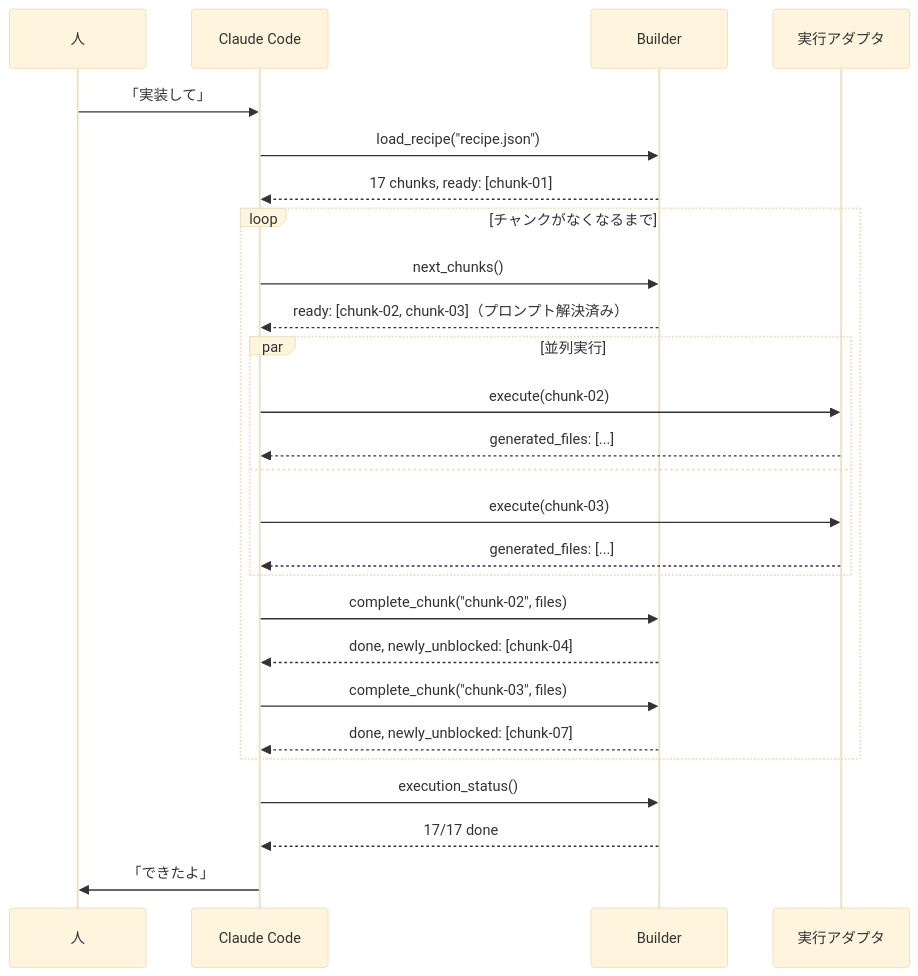
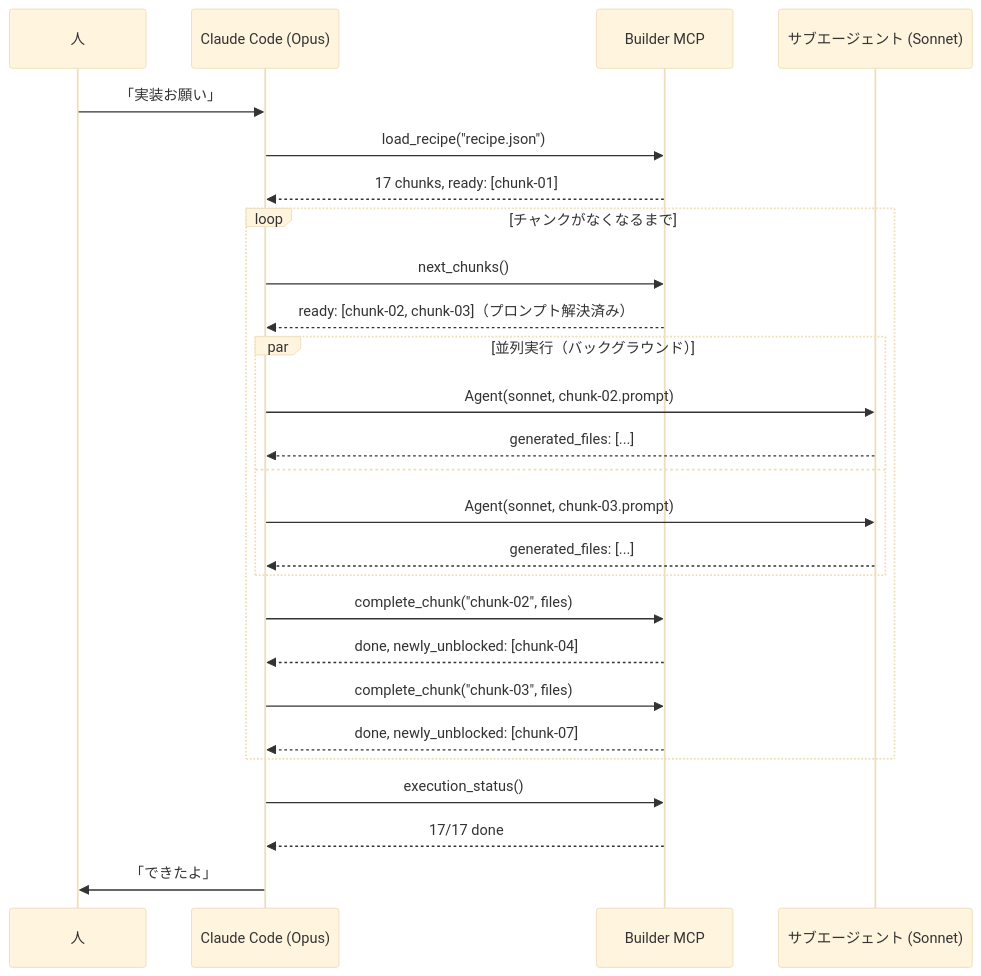
Before and after one commit to cdd-evangelist/CDD-Assistants: the first of 3 diagrams in docs/builder-design.md, drawn with Mermaid (base theme). The commit also changed other lines of this file and 2 other files, not shown here.

First line of the commit message:
Builder 設計書改訂: サブエージェント + ヘッドレスモード対応、ユースケース文書追加

````diff
--- a/docs/builder-design.md
+++ b/docs/builder-design.md
@@ -651,33 +687,33 @@
 ```mermaid
 sequenceDiagram
     participant H as 人
-    participant C as Claude Code
-    participant B as Builder
-    participant E as 実行アダプタ
+    participant C as Claude Code (Opus)
+    participant B as Builder MCP
+    participant S as サブエージェント (Sonnet)
 
-    H->>C: 「実装して」
+    H->>C: 「実装お願い」
     C->>B: load_recipe("recipe.json")
     B-->>C: 17 chunks, ready: [chunk-01]
 
     loop チャンクがなくなるまで
         C->>B: next_chunks()
         B-->>C: ready: [chunk-02, chunk-03]（プロンプト解決済み）
 
-        par 並列実行
-            C->>E: execute(chunk-02)
-            E-->>C: generated_files: [...]
+        par 並列実行（バックグラウンド）
+            C->>S: Agent(sonnet, chunk-02.prompt)
+            S-->>C: generated_files: [...]
         and
-            C->>E: execute(chunk-03)
-            E-->>C: generated_files: [...]
+            C->>S: Agent(sonnet, chunk-03.prompt)
+            S-->>C: generated_files: [...]
         end
 
         C->>B: complete_chunk("chunk-02", files)
         B-->>C: done, newly_unblocked: [chunk-04]
         C->>B: complete_chunk("chunk-03", files)
         B-->>C: done, newly_unblocked: [chunk-07]
     end
 
     C->>B: execution_status()
     B-->>C: 17/17 done
     C->>H: 「できたよ」
 ```
````
